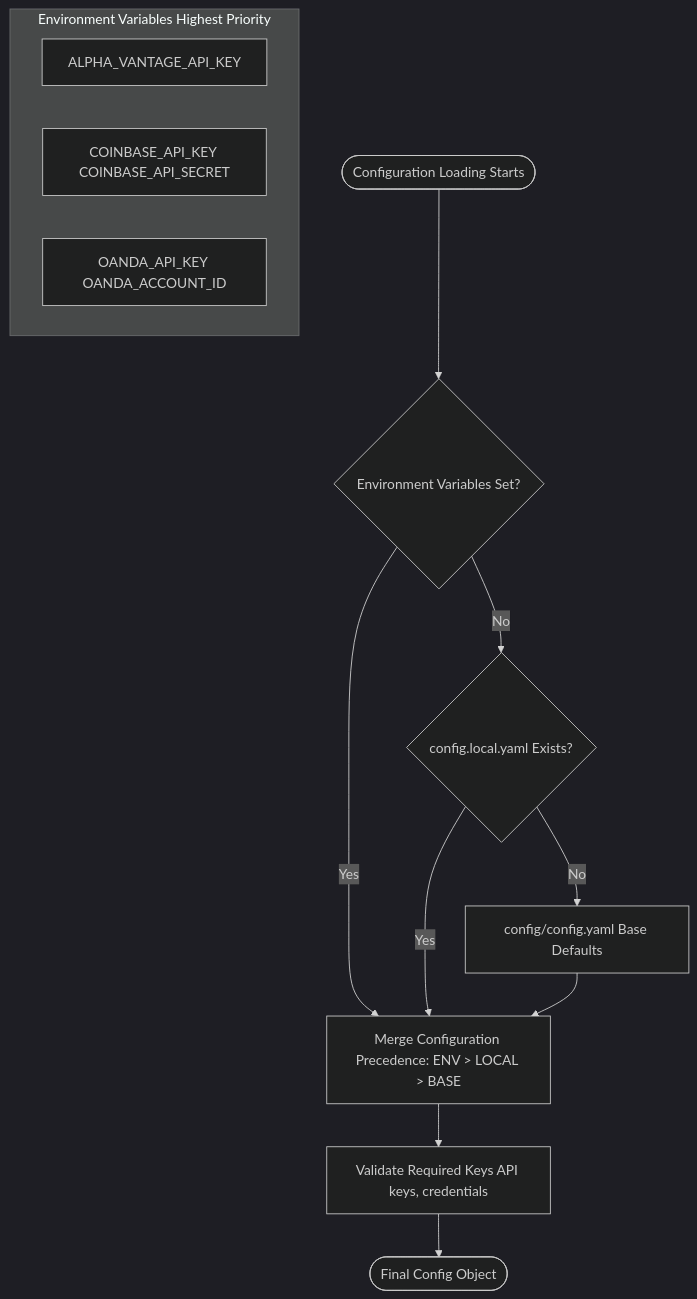
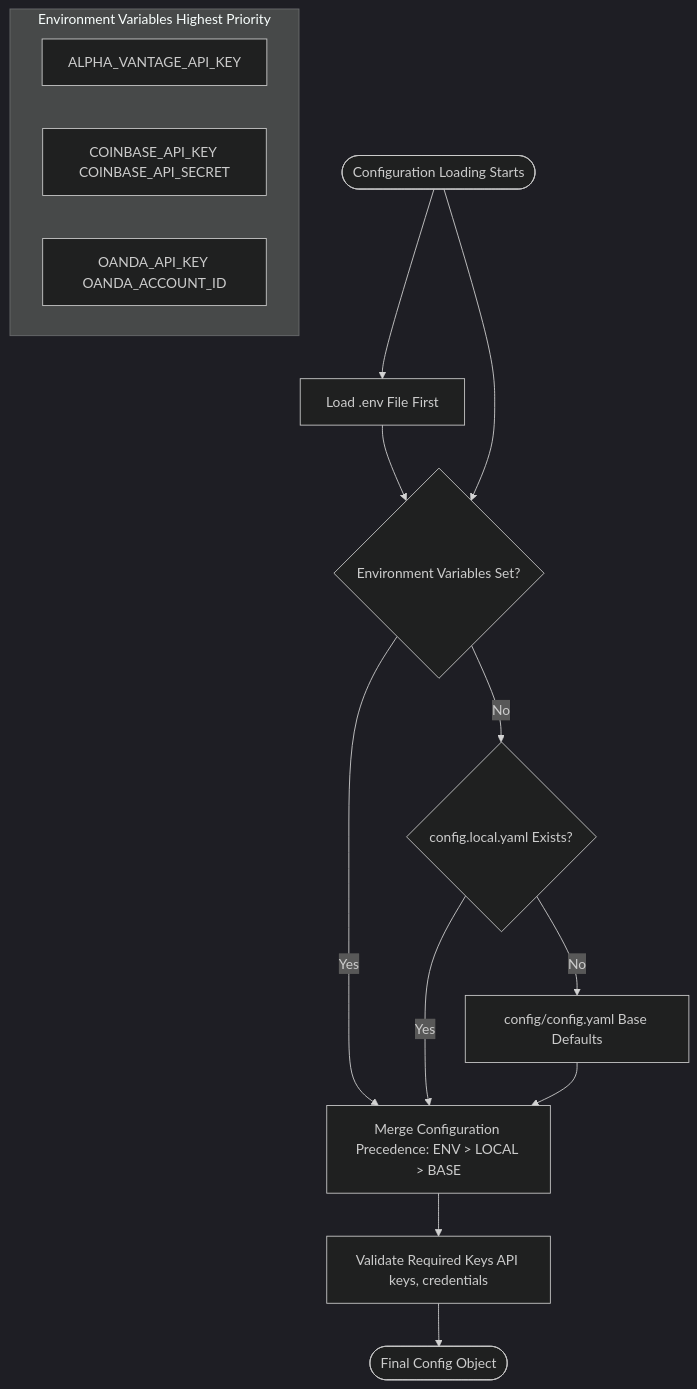
One commit to Three-Rivers-Tech/finance_feedback_engine changed the second of 7 diagrams in README.md. Above: the diagram before and after it, drawn with Mermaid (dark theme). The commit also changed other lines of this file and 10 other files, not shown here.

````diff
--- a/README.md
+++ b/README.md
@@ -192,25 +204,34 @@
 ```mermaid
 flowchart TD
     START([Configuration Loading Starts])
+    DOTENV[Load .env File First]
     ENV{Environment Variables Set?}
+    LOCAL{config.local.yaml Exists?}
+    BASE[config/config.yaml Base Defaults]
+    MERGE[Merge Configuration Precedence: ENV > LOCAL > BASE]
+    VALIDATE[Validate Required Keys API keys, credentials]
+    RESULT([Final Config Object])
+    
+    START --> DOTENV
+    DOTENV --> ENV
     LOCAL{config.local.yaml Exists?}
     BASE[config/config.yaml Base Defaults]
     MERGE[Merge Configuration Precedence: ENV > LOCAL > BASE]
     VALIDATE[Validate Required Keys API keys, credentials]
     RESULT([Final Config Object])
 
     START --> ENV
     ENV -->|Yes| MERGE
     ENV -->|No| LOCAL
     LOCAL -->|Yes| MERGE
     LOCAL -->|No| BASE
     BASE --> MERGE
     MERGE --> VALIDATE
     VALIDATE --> RESULT
 
     subgraph "Environment Variables Highest Priority"
         ENV_AV[ALPHA_VANTAGE_API_KEY]
         ENV_CB[COINBASE_API_KEY COINBASE_API_SECRET]
         ENV_OA[OANDA_API_KEY OANDA_ACCOUNT_ID]
     end
 ```
````
